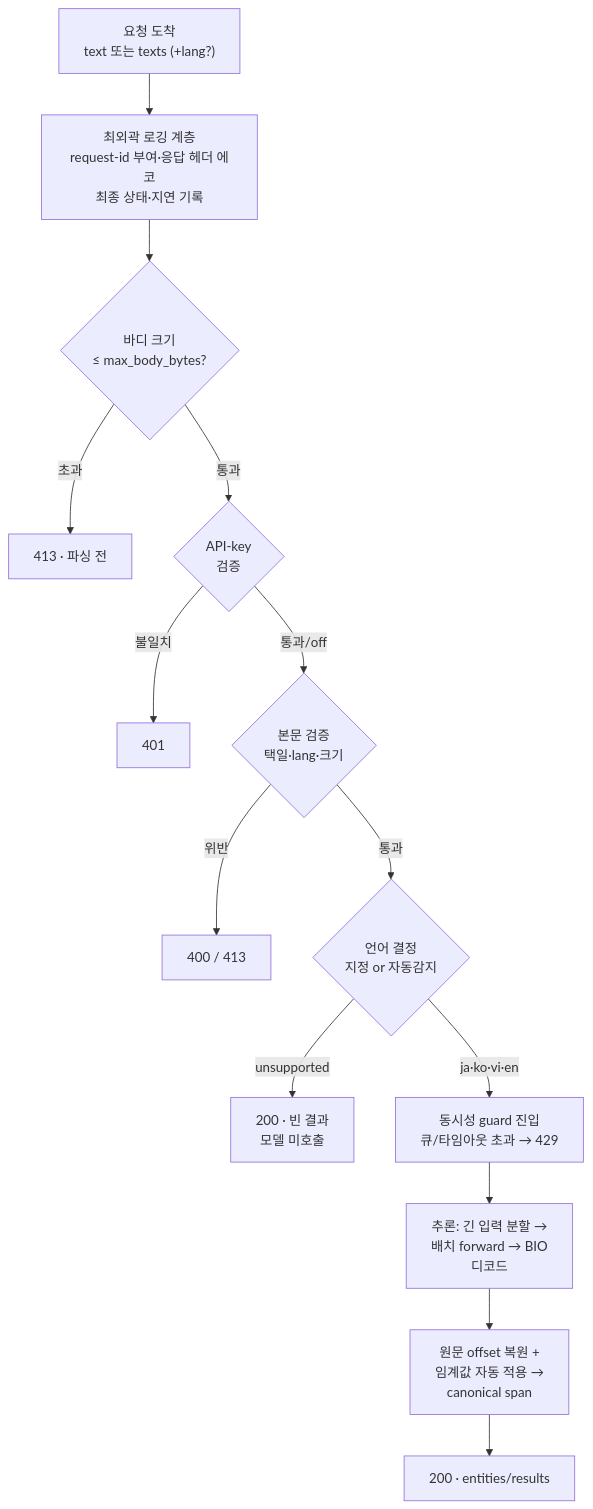
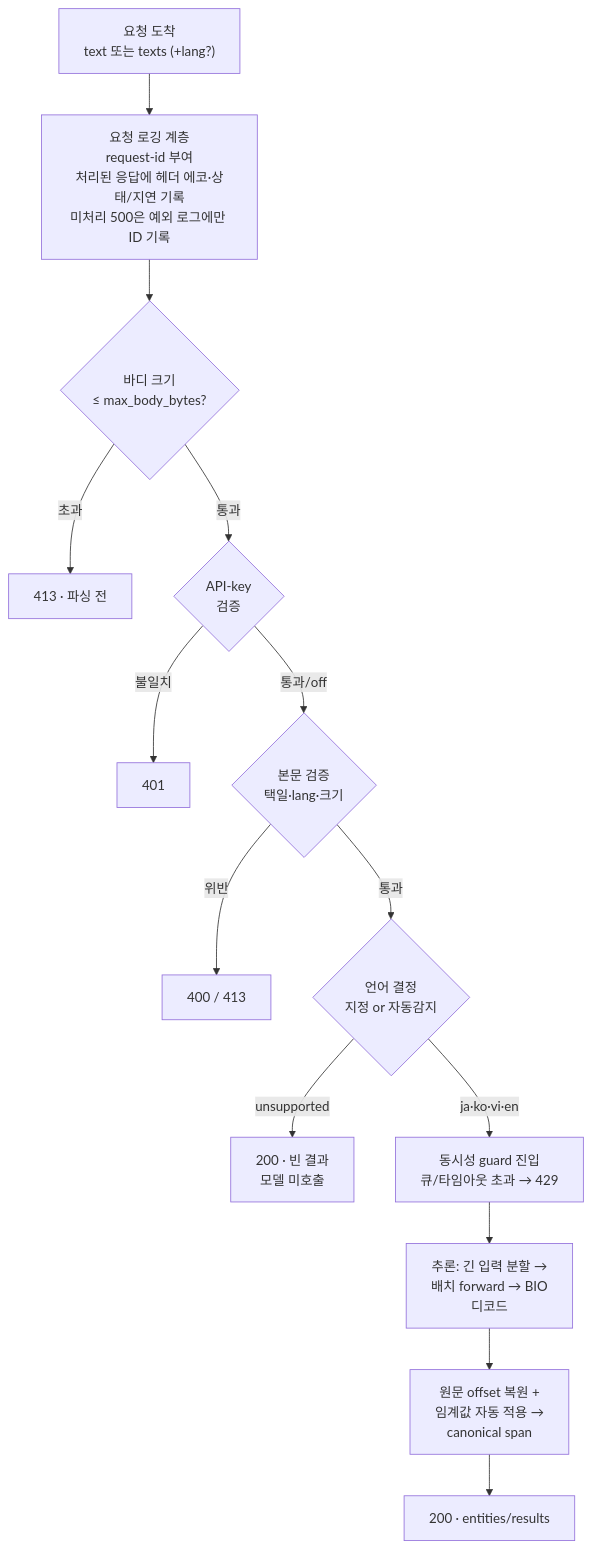
The diagram in docs/manual/rest-api-spec.md (groovallstar/ner-pipeline-public), drawn with Mermaid before and after one commit. The commit also changed other lines of this file and 2 other files, not shown here.

````diff
--- a/docs/manual/rest-api-spec.md
+++ b/docs/manual/rest-api-spec.md
@@ -407,16 +411,16 @@
 ```mermaid
 flowchart TD
-    REQ["요청 도착<br/>text 또는 texts (+lang?)"] --> RID["최외곽 로깅 계층<br/>request-id 부여·응답 헤더 에코<br/>최종 상태·지연 기록"]
+    REQ["요청 도착<br/>text 또는 texts (+lang?)"] --> RID["요청 로깅 계층<br/>request-id 부여<br/>처리된 응답에 헤더 에코·상태/지연 기록<br/>미처리 500은 예외 로그에만 ID 기록"]
     RID --> BODY{"바디 크기<br/>≤ max_body_bytes?"}
     BODY -->|초과| E413B["413 · 파싱 전"]
     BODY -->|통과| AUTH{"API-key<br/>검증"}
     AUTH -->|불일치| E401["401"]
     AUTH -->|통과/off| VAL{"본문 검증<br/>택일·lang·크기"}
     VAL -->|위반| ERR["400 / 413"]
     VAL -->|통과| LANG{"언어 결정<br/>지정 or 자동감지"}
     LANG -->|unsupported| EMPTY["200 · 빈 결과<br/>모델 미호출"]
     LANG -->|"ja·ko·vi·en"| GUARD["동시성 guard 진입<br/>큐/타임아웃 초과 → 429"]
     GUARD --> INFER["추론: 긴 입력 분할 →<br/>배치 forward → BIO<br/>디코드"]
     INFER --> CANON["원문 offset 복원 +<br/>임계값 자동 적용 →<br/>canonical span"]
     CANON --> OK["200 · entities/results"]
 ```
````
